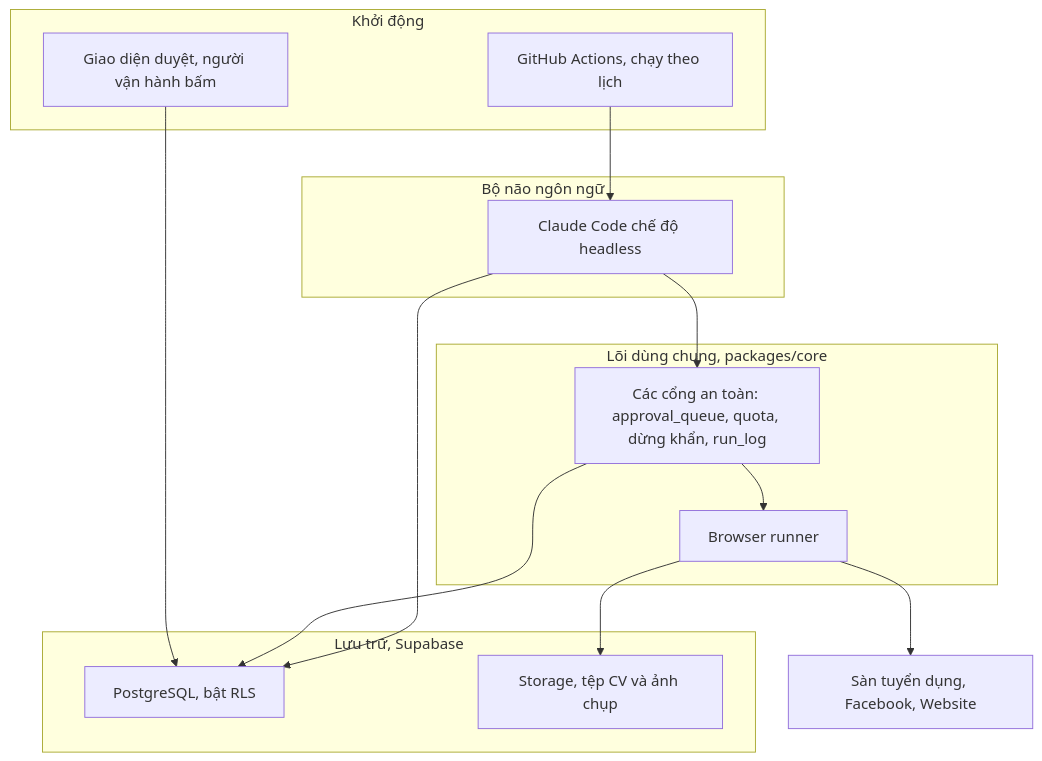
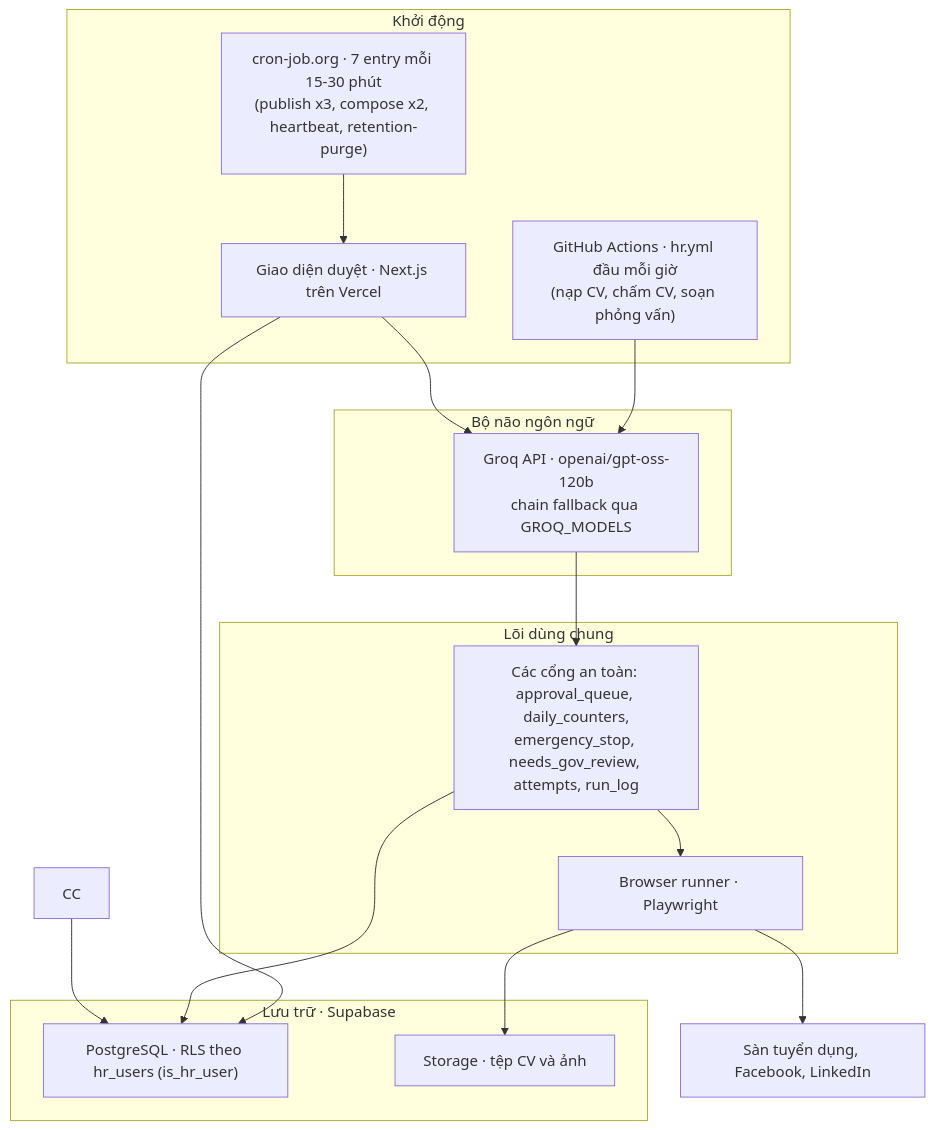
Before and after one commit to Mr-Robot1c/sdvico-automation: the first of 12 diagrams in docs/tai-lieu-tong-hop.md, drawn with Mermaid. The commit also changed other lines of this file and 17 other files, not shown here.

First line of the commit message:
feat(safety): đóng P2 (gov-review gate, tests, dashboard, docs)

````diff
--- a/docs/tai-lieu-tong-hop.md
+++ b/docs/tai-lieu-tong-hop.md
@@ -51,32 +59,35 @@
 ```mermaid
 flowchart TB
     subgraph KHOIDONG["Khởi động"]
-        GHA["GitHub Actions, chạy theo lịch"]
-        UI["Giao diện duyệt, người vận hành bấm"]
+        CJ["cron-job.org · 7 entry mỗi 15-30 phút<br/>(publish x3, compose x2, heartbeat, retention-purge)"]
+        GHA["GitHub Actions · hr.yml đầu mỗi giờ<br/>(nạp CV, chấm CV, soạn phỏng vấn)"]
+        UI["Giao diện duyệt · Next.js trên Vercel"]
     end
 
     subgraph BONAO["Bộ não ngôn ngữ"]
-        CC["Claude Code chế độ headless"]
+        GQ["Groq API · openai/gpt-oss-120b<br/>chain fallback qua GROQ_MODELS"]
     end
 
-    subgraph LOI["Lõi dùng chung, packages/core"]
-        GATE["Các cổng an toàn: approval_queue, quota, dừng khẩn, run_log"]
-        BR["Browser runner"]
+    subgraph LOI["Lõi dùng chung"]
+        GATE["Các cổng an toàn: approval_queue, daily_counters,<br/>emergency_stop, needs_gov_review, attempts, run_log"]
+        BR["Browser runner · Playwright"]
     end
 
-    subgraph LUUTRU["Lưu trữ, Supabase"]
-        DB["PostgreSQL, bật RLS"]
-        ST["Storage, tệp CV và ảnh chụp"]
+    subgraph LUUTRU["Lưu trữ · Supabase"]
+        DB["PostgreSQL · RLS theo hr_users (is_hr_user)"]
+        ST["Storage · tệp CV và ảnh"]
     end
 
-    WEB["Sàn tuyển dụng, Facebook, Website"]
+    WEB["Sàn tuyển dụng, Facebook, LinkedIn"]
 
-    GHA --> CC
+    CJ --> UI
+    GHA --> GQ
     UI --> DB
-    CC --> GATE
+    UI --> GQ
+    GQ --> GATE
     GATE --> DB
     BR --> WEB
     GATE --> BR
     BR --> ST
     CC --> DB
 ```
````
